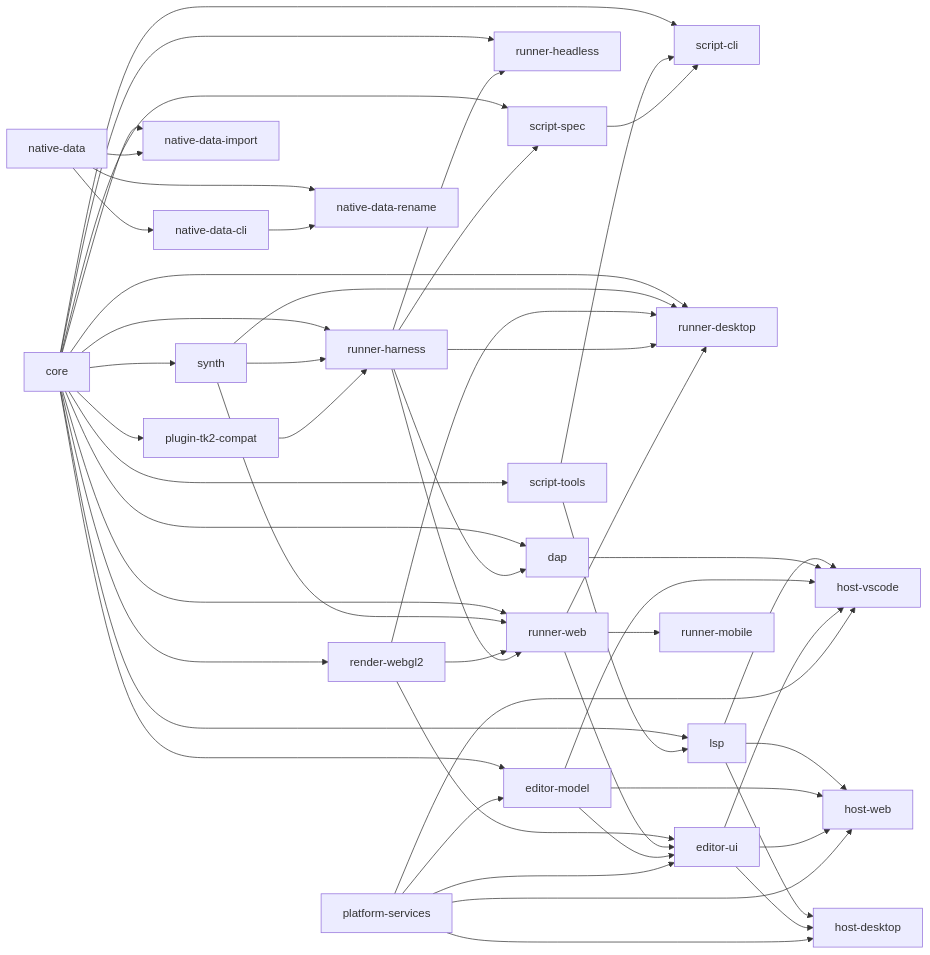
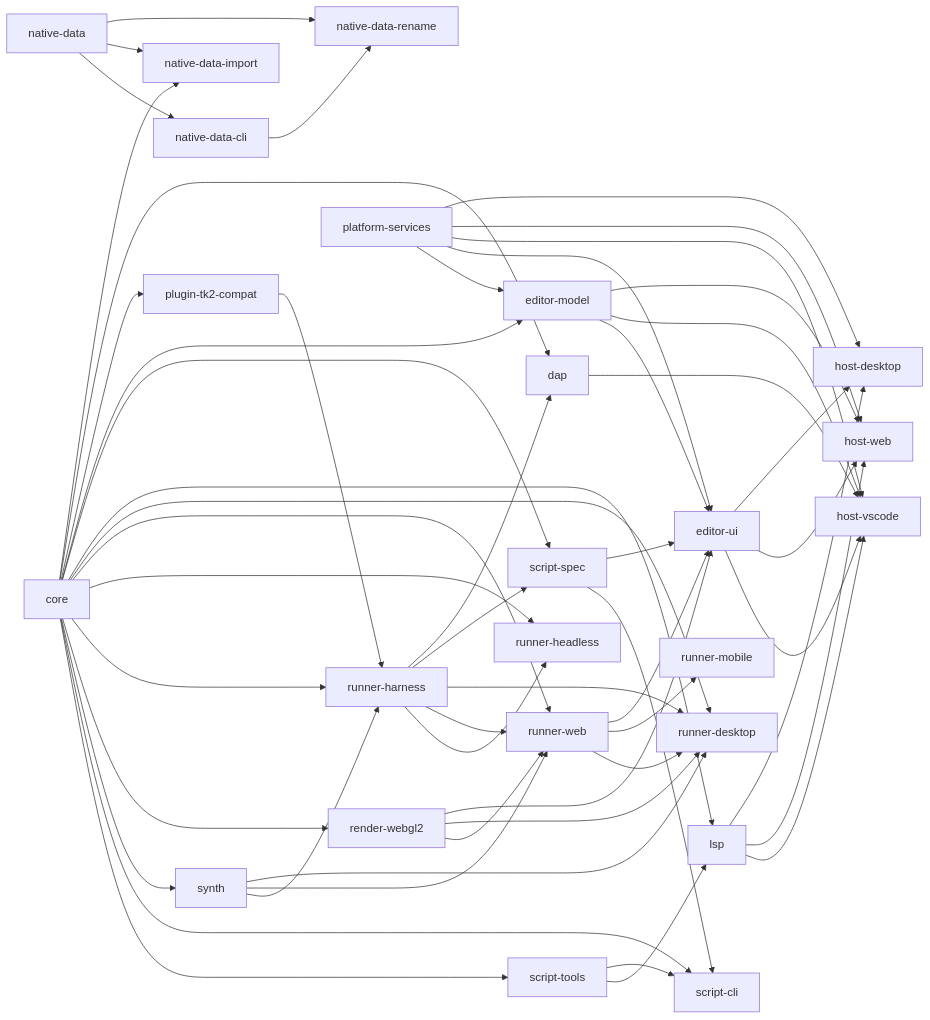
Before and after one commit to tk-reawakened/rpgtoolkit-reawakened: the first of 3 diagrams in _bmad-output/initiative-rpgtoolkit-reawakened/architecture-rpgtoolkit-reawakened/architecture-rpgtoolkit-reawakened.md, drawn with Mermaid. The commit also changed 1 other file, not shown here.

Commit message:
docs(creator-tests): allow shared UI framework integration
- Permit only script-spec to editor-ui and regenerate the canonical architecture diagram before implementation.
- Preserve the single public package entry and G2 host-neutral filesystem/save/navigation ports.
- Dependency cruise passed for 1047 modules and 4954 dependencies; canonical edge, generated rule and diagram agree.
- Implements docs/spec/engine/rpgcode-tooling.md#tool-5-creator-tests.

````diff
--- a/_bmad-output/initiative-rpgtoolkit-reawakened/architecture-rpgtoolkit-reawakened/architecture-rpgtoolkit-reawakened.md
+++ b/_bmad-output/initiative-rpgtoolkit-reawakened/architecture-rpgtoolkit-reawakened/architecture-rpgtoolkit-reawakened.md
@@ -42,54 +42,55 @@
 ```mermaid
 graph LR
   core --> scripttools[script-tools]
   core --> scriptcli[script-cli]
   core --> synth
   core --> renderwebgl2[render-webgl2]
   core --> runnerharness[runner-harness]
   core --> runnerheadless[runner-headless]
   core --> runnerweb[runner-web]
   core --> runnerdesktop[runner-desktop]
   core --> lsp
   core --> scriptspec[script-spec]
   core --> editormodel[editor-model]
   core --> plugintk2compat[plugin-tk2-compat]
   scripttools --> lsp
   scripttools --> scriptcli
   scriptspec --> scriptcli
   synth --> runnerharness
   synth --> runnerweb
   synth --> runnerdesktop
   renderwebgl2 --> runnerweb
   renderwebgl2 --> runnerdesktop
   renderwebgl2 --> editorui[editor-ui]
   runnerharness --> runnerheadless
   runnerharness --> runnerweb
   runnerharness --> runnerdesktop
   runnerharness --> scriptspec
   core --> dap
   runnerharness --> dap
   runnerweb --> runnerdesktop
   runnerweb --> runnermobile[runner-mobile]
   runnerweb --> editorui
   lsp --> hostvscode[host-vscode]
   lsp --> hostweb[host-web]
   lsp --> hostdesktop[host-desktop]
   dap --> hostvscode
+  scriptspec --> editorui
   editormodel --> editorui
   editormodel --> hostvscode
   editormodel --> hostweb
   editorui --> hostvscode
   editorui --> hostweb
   editorui --> hostdesktop
   platformservices[platform-services] --> editormodel
   platformservices --> editorui
   platformservices --> hostvscode
   platformservices --> hostweb
   platformservices --> hostdesktop
   plugintk2compat --> runnerharness
   nativedata[native-data] --> nativedatacli[native-data-cli]
   core --> nativedataimport[native-data-import]
   nativedata --> nativedataimport
   nativedata --> nativedatarename[native-data-rename]
   nativedatacli --> nativedatarename
 ```
````
